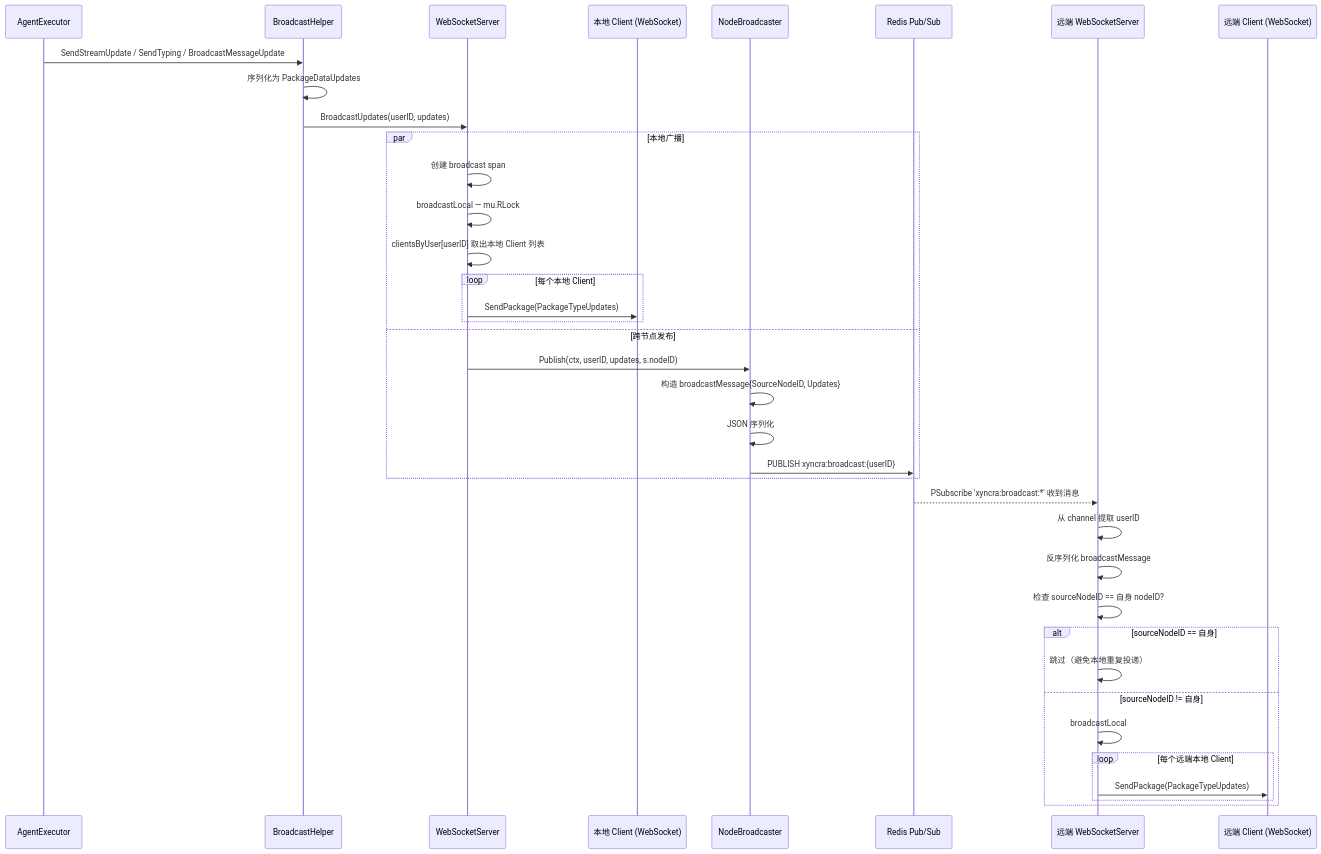
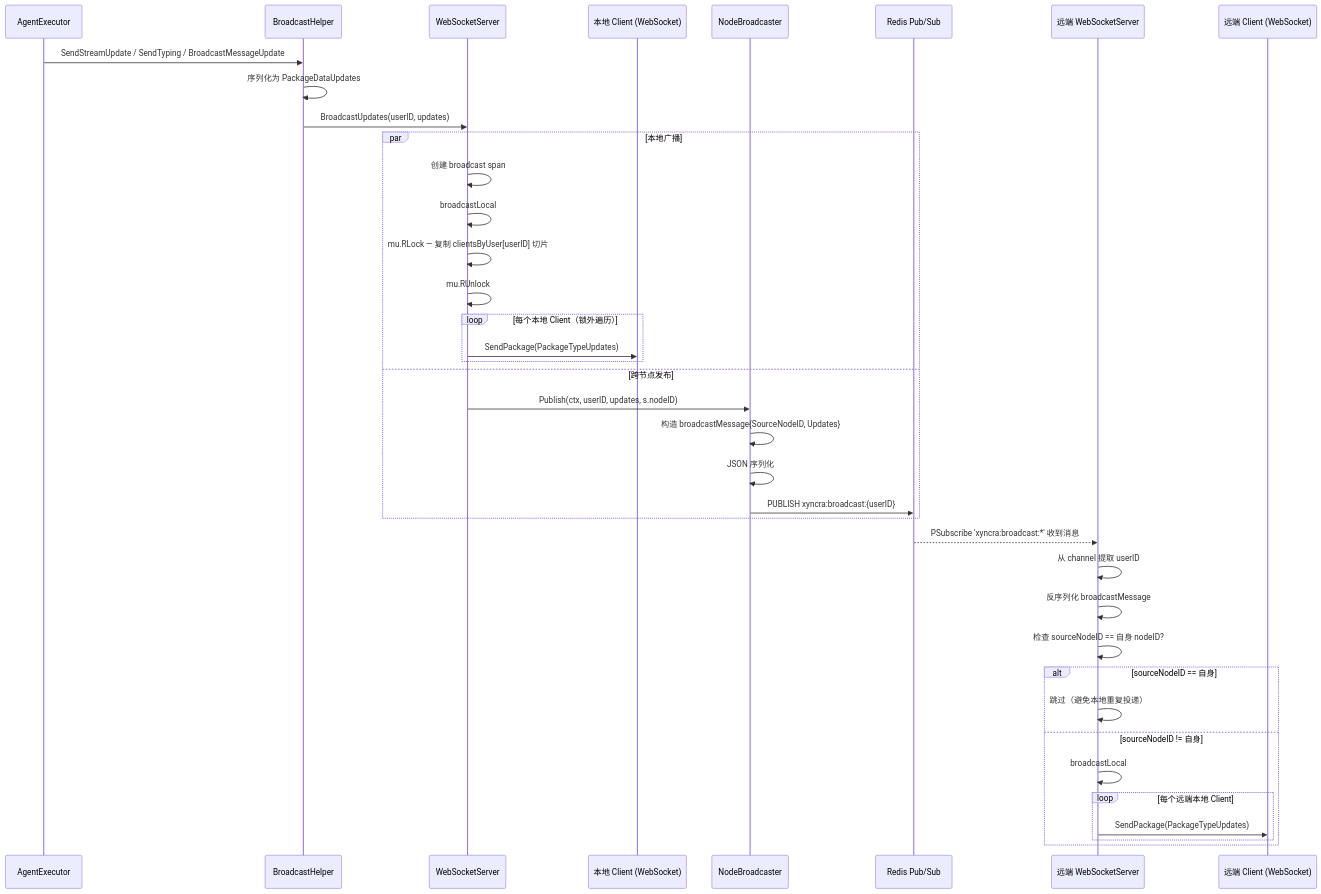
Before and after one commit to PineappleBond/xyncra-server: the first of 5 diagrams in wiki/flows/broadcasting.md, drawn with Mermaid. The commit also changed other lines of this file and 22 other files, not shown here.

````diff
--- a/wiki/flows/broadcasting.md
+++ b/wiki/flows/broadcasting.md
@@ -15,42 +15,43 @@
 ```mermaid
 sequenceDiagram
     participant Agent as AgentExecutor
     participant BH as BroadcastHelper
     participant WS as WebSocketServer
     participant Client as 本地 Client (WebSocket)
     participant NB as NodeBroadcaster
     participant Redis as Redis Pub/Sub
     participant RemoteWS as 远端 WebSocketServer
     participant RemoteClient as 远端 Client (WebSocket)
 
     Agent->>BH: SendStreamUpdate / SendTyping / BroadcastMessageUpdate
     BH->>BH: 序列化为 PackageDataUpdates
     BH->>WS: BroadcastUpdates(userID, updates)
 
     par 本地广播
         WS->>WS: 创建 broadcast span
-        WS->>WS: broadcastLocal — mu.RLock
-        WS->>WS: clientsByUser[userID] 取出本地 Client 列表
-        loop 每个本地 Client
+        WS->>WS: broadcastLocal
+        WS->>WS: mu.RLock — 复制 clientsByUser[userID] 切片
+        WS->>WS: mu.RUnlock
+        loop 每个本地 Client（锁外遍历）
             WS->>Client: SendPackage(PackageTypeUpdates)
         end
     and 跨节点发布
         WS->>NB: Publish(ctx, userID, updates, s.nodeID)
         NB->>NB: 构造 broadcastMessage{SourceNodeID, Updates}
         NB->>NB: JSON 序列化
         NB->>Redis: PUBLISH xyncra:broadcast:{userID}
     end
 
     Redis-->>RemoteWS: PSubscribe 'xyncra:broadcast:*' 收到消息
     RemoteWS->>RemoteWS: 从 channel 提取 userID
     RemoteWS->>RemoteWS: 反序列化 broadcastMessage
     RemoteWS->>RemoteWS: 检查 sourceNodeID == 自身 nodeID?
     alt sourceNodeID == 自身
         RemoteWS->>RemoteWS: 跳过（避免本地重复投递）
     else sourceNodeID != 自身
         RemoteWS->>RemoteWS: broadcastLocal
         loop 每个远端本地 Client
             RemoteWS->>RemoteClient: SendPackage(PackageTypeUpdates)
         end
     end
 ```
````
